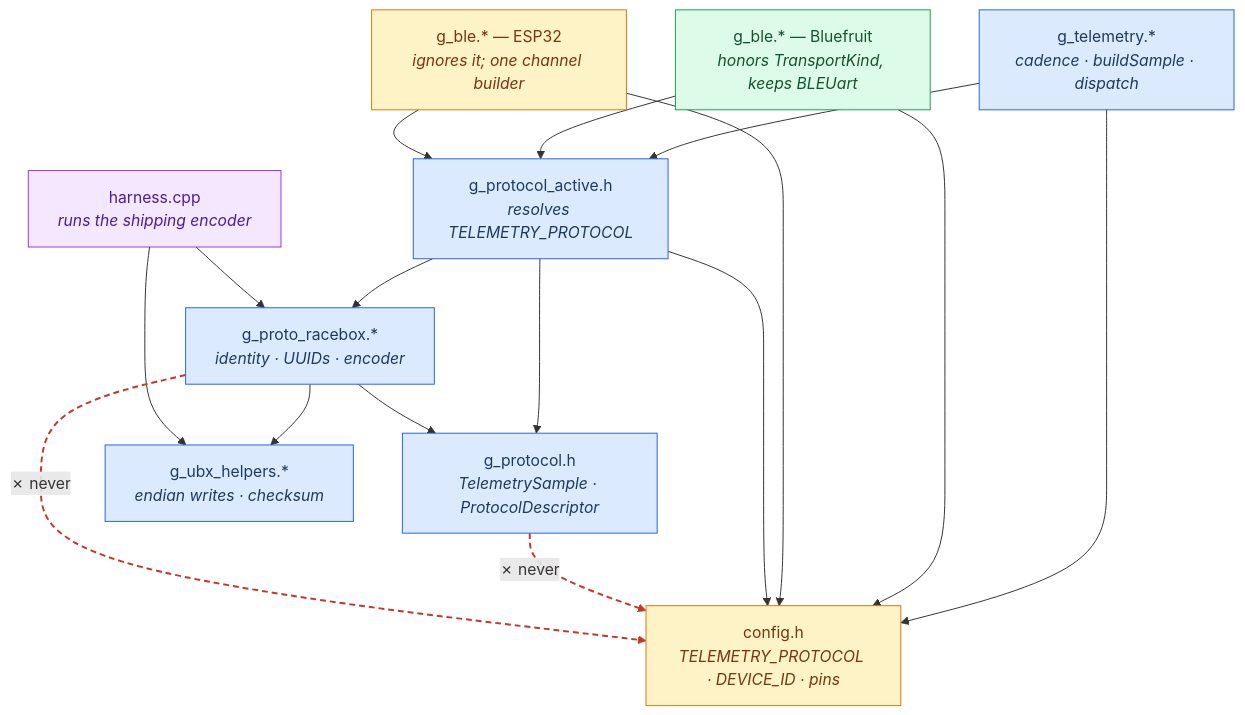
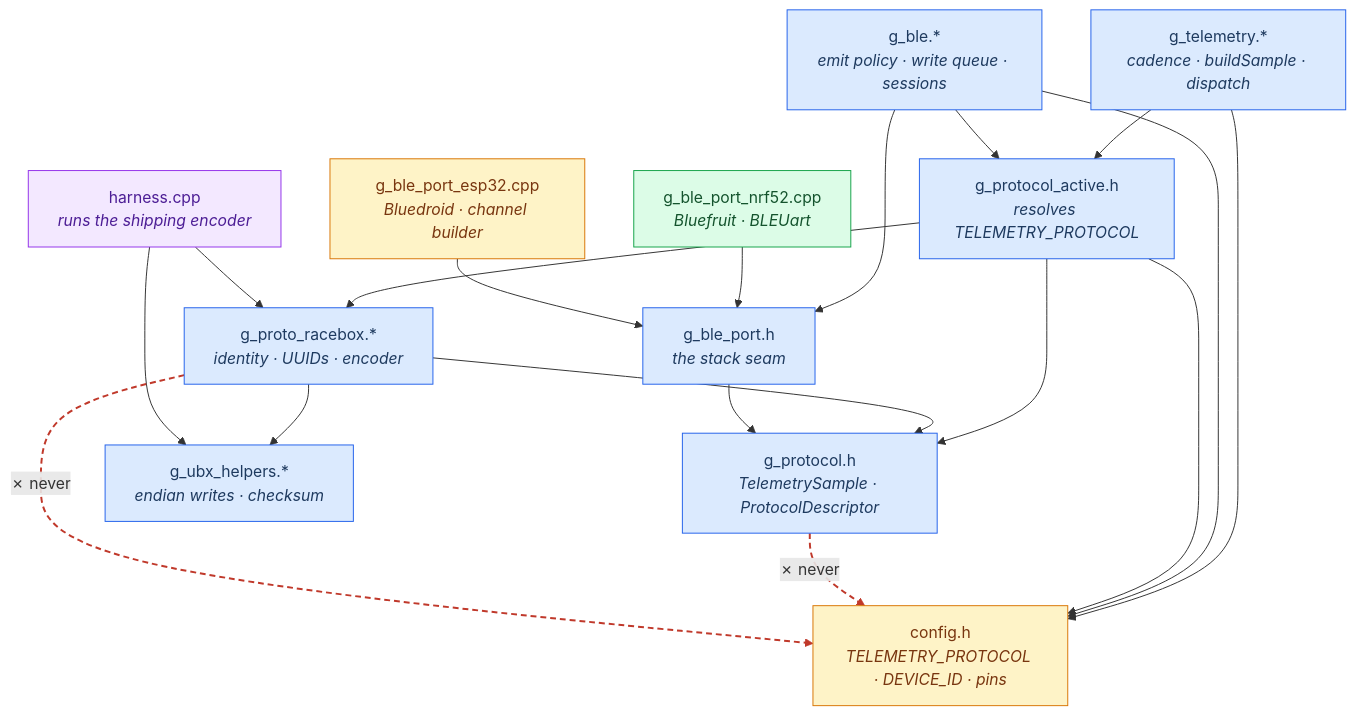
One commit to c20d-us/Gnimu changed the diagram in docs/architecture-modules.md. Above: the diagram before and after it, drawn with Mermaid. The commit also changed other lines of this file and 70 other files, not shown here.

````diff
--- a/docs/architecture-modules.md
+++ b/docs/architecture-modules.md
@@ -11,38 +11,42 @@
 ```mermaid
 flowchart TB
     TEL["g_telemetry.*<br/><i>cadence · buildSample · dispatch</i>"]
-    BLENRF["g_ble.* — Bluefruit<br/><i>honors TransportKind, keeps BLEUart</i>"]
-    BLEESP["g_ble.* — ESP32<br/><i>ignores it; one channel builder</i>"]
+    BLE["g_ble.*<br/><i>emit policy · write queue · sessions</i>"]
+    SEAM["g_ble_port.h<br/><i>the stack seam</i>"]
+    PNRF["g_ble_port_nrf52.cpp<br/><i>Bluefruit · BLEUart</i>"]
+    PESP["g_ble_port_esp32.cpp<br/><i>Bluedroid · channel builder</i>"]
     HARNESS["harness.cpp<br/><i>runs the shipping encoder</i>"]
     ACTIVE["g_protocol_active.h<br/><i>resolves TELEMETRY_PROTOCOL</i>"]
     RBX["g_proto_racebox.*<br/><i>identity · UUIDs · encoder</i>"]
     PROTO["g_protocol.h<br/><i>TelemetrySample · ProtocolDescriptor</i>"]
     UBX["g_ubx_helpers.*<br/><i>endian writes · checksum</i>"]
     CFG["config.h<br/><i>TELEMETRY_PROTOCOL · DEVICE_ID · pins</i>"]
 
     TEL --> ACTIVE
-    BLENRF --> ACTIVE
-    BLEESP --> ACTIVE
+    BLE --> ACTIVE
     TEL --> CFG
-    BLENRF --> CFG
-    BLEESP --> CFG
+    BLE --> CFG
+    BLE --> SEAM
+    PNRF --> SEAM
+    PESP --> SEAM
     ACTIVE --> CFG
     ACTIVE --> PROTO
     ACTIVE --> RBX
     RBX --> PROTO
     RBX --> UBX
     HARNESS --> RBX
     HARNESS --> UBX
+    SEAM --> PROTO
     PROTO -. "✗ never" .-> CFG
     RBX -. "✗ never" .-> CFG
 
     classDef allvar fill:#dbeafe,stroke:#2563eb,color:#1e3a5f
     classDef nrfonly fill:#dcfce7,stroke:#16a34a,color:#14532d
     classDef pervar fill:#fef3c7,stroke:#d97706,color:#78350f
     classDef hostonly fill:#f3e8ff,stroke:#9333ea,color:#4c1d95
-    class TEL,ACTIVE,RBX,PROTO,UBX allvar
-    class BLENRF nrfonly
-    class BLEESP,CFG pervar
+    class TEL,BLE,SEAM,ACTIVE,RBX,PROTO,UBX allvar
+    class PNRF nrfonly
+    class PESP,CFG pervar
     class HARNESS hostonly
-    linkStyle 13,14 stroke:#c0392b,stroke-width:2px,stroke-dasharray:6 4
+    linkStyle 15,16 stroke:#c0392b,stroke-width:2px,stroke-dasharray:6 4
 ```
````
